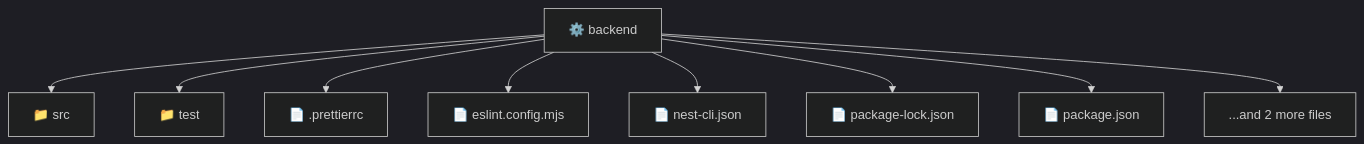
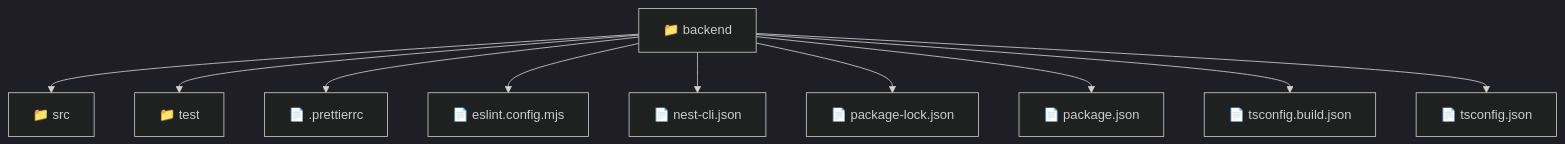
One commit to beginwebdev2002/fullstack-mavluda changed the diagram in backend/README.md. Above: the diagram before and after it, drawn with Mermaid (dark theme). The commit also changed other lines of this file and 159 other files, not shown here.

````diff
--- a/backend/README.md
+++ b/backend/README.md
@@ -11,12 +9,13 @@
 ```mermaid
 graph TD
-  backend["⚙️ backend"]
-  backend --> backend_src["📁 src"]
-  backend --> backend_test["📁 test"]
-  backend --> backend__prettierrc["📄 .prettierrc"]
-  backend --> backend_eslint_config_mjs["📄 eslint.config.mjs"]
-  backend --> backend_nest_cli_json["📄 nest-cli.json"]
-  backend --> backend_package_lock_json["📄 package-lock.json"]
-  backend --> backend_package_json["📄 package.json"]
-  backend --> backend_more_files["...and 2 more files"]
+  Root["📁 backend"]
+  Root --> src["📁 src"]
+  Root --> test["📁 test"]
+  Root --> _prettierrc["📄 .prettierrc"]
+  Root --> eslint_config_mjs["📄 eslint.config.mjs"]
+  Root --> nest_cli_json["📄 nest-cli.json"]
+  Root --> package_lock_json["📄 package-lock.json"]
+  Root --> package_json["📄 package.json"]
+  Root --> tsconfig_build_json["📄 tsconfig.build.json"]
+  Root --> tsconfig_json["📄 tsconfig.json"]
 ```
````
